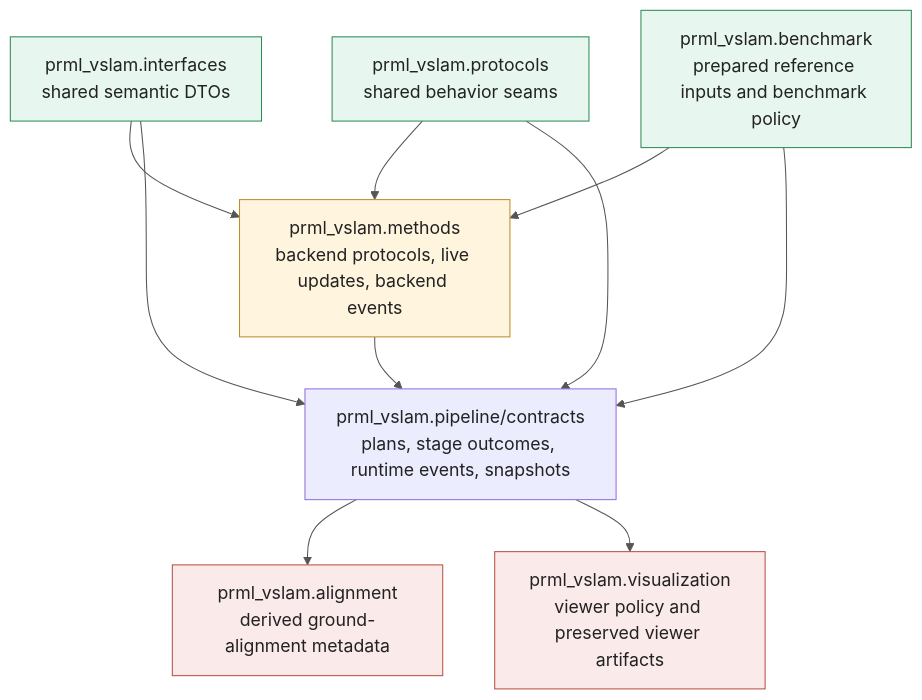
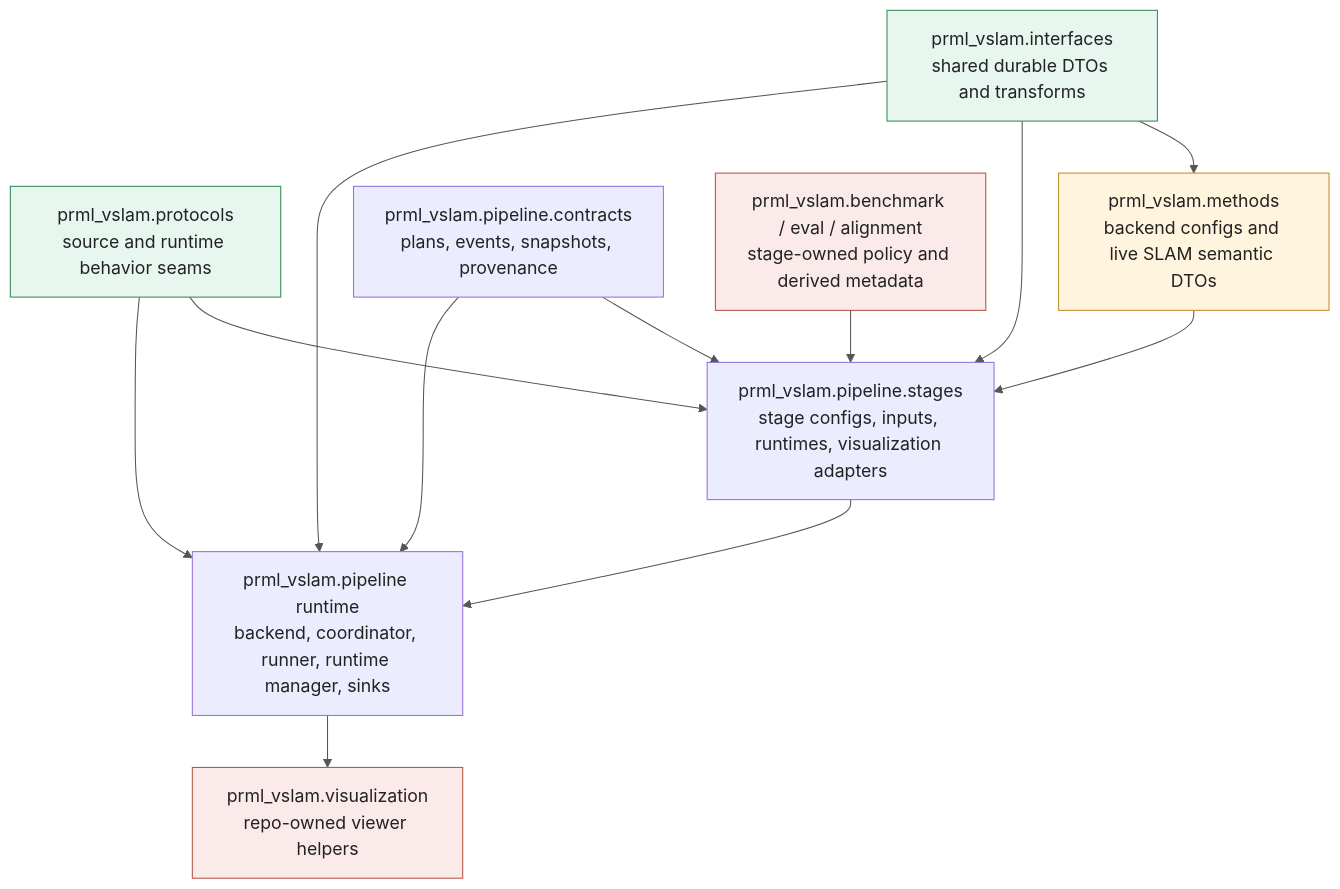
One commit to JanDuchscherer104/prml-vslam changed the first of 2 diagrams in docs/architecture/pipeline-stage-protocols-and-dtos.md. Above: the diagram before and after it, drawn with Mermaid. The commit also changed other lines of this file and 2 other files, not shown here.

Commit message:
docs: refresh pipeline runtime architecture audit

````diff
--- a/docs/architecture/pipeline-stage-protocols-and-dtos.md
+++ b/docs/architecture/pipeline-stage-protocols-and-dtos.md
@@ -44,40 +52,43 @@
 ```mermaid
 %%{init: {
   "theme": "base",
   "themeVariables": {
     "fontSize": "17px",
     "primaryColor": "#ECECFF",
     "primaryBorderColor": "#9370DB",
     "lineColor": "#555555",
     "tertiaryColor": "#FFF4DD"
   }
 }}%%
 flowchart TB
-    Interfaces["prml_vslam.interfaces<br/>shared semantic DTOs"]
-    Protocols["prml_vslam.protocols<br/>shared behavior seams"]
-    Methods["prml_vslam.methods<br/>backend protocols, live updates, backend events"]
-    Pipeline["prml_vslam.pipeline/contracts<br/>plans, stage outcomes, runtime events, snapshots"]
-    Benchmark["prml_vslam.benchmark<br/>prepared reference inputs and benchmark policy"]
-    Alignment["prml_vslam.alignment<br/>derived ground-alignment metadata"]
-    Visualization["prml_vslam.visualization<br/>viewer policy and preserved viewer artifacts"]
+    Interfaces["prml_vslam.interfaces<br/>shared durable DTOs and transforms"]
+    Protocols["prml_vslam.protocols<br/>source and runtime behavior seams"]
+    Methods["prml_vslam.methods<br/>backend configs and live SLAM semantic DTOs"]
+    PipelineContracts["prml_vslam.pipeline.contracts<br/>plans, events, snapshots, provenance"]
+    PipelineStages["prml_vslam.pipeline.stages<br/>stage configs, inputs, runtimes, visualization adapters"]
+    PipelineRuntime["prml_vslam.pipeline runtime<br/>backend, coordinator, runner, runtime manager, sinks"]
+    Benchmark["prml_vslam.benchmark / eval / alignment<br/>stage-owned policy and derived metadata"]
+    Visualization["prml_vslam.visualization<br/>repo-owned viewer helpers"]
 
     Interfaces --> Methods
-    Interfaces --> Pipeline
-    Protocols --> Methods
-    Protocols --> Pipeline
-    Benchmark --> Methods
-    Benchmark --> Pipeline
-    Methods --> Pipeline
-    Pipeline --> Alignment
-    Pipeline --> Visualization
+    Interfaces --> PipelineStages
+    Interfaces --> PipelineRuntime
+    Protocols --> PipelineStages
+    Protocols --> PipelineRuntime
+    Methods --> PipelineStages
+    PipelineContracts --> PipelineStages
+    PipelineContracts --> PipelineRuntime
+    PipelineStages --> PipelineRuntime
+    Benchmark --> PipelineStages
+    PipelineRuntime --> Visualization
 
     classDef repo fill:#E7F6EE,stroke:#2E8B57,color:#222222;
     classDef pipeline fill:#ECECFF,stroke:#9370DB,color:#222222;
     classDef methods fill:#FFF4DD,stroke:#C28A2C,color:#222222;
     classDef derived fill:#FBEAEA,stroke:#B85042,color:#222222;
 
-    class Interfaces,Protocols,Benchmark repo;
-    class Pipeline pipeline;
+    class Interfaces,Protocols repo;
+    class PipelineContracts,PipelineStages,PipelineRuntime pipeline;
     class Methods methods;
-    class Alignment,Visualization derived;
+    class Benchmark,Visualization derived;
 ```
````
